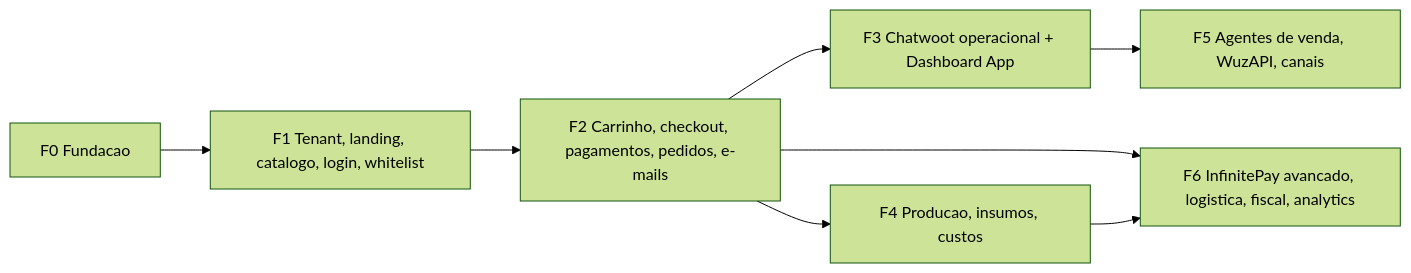
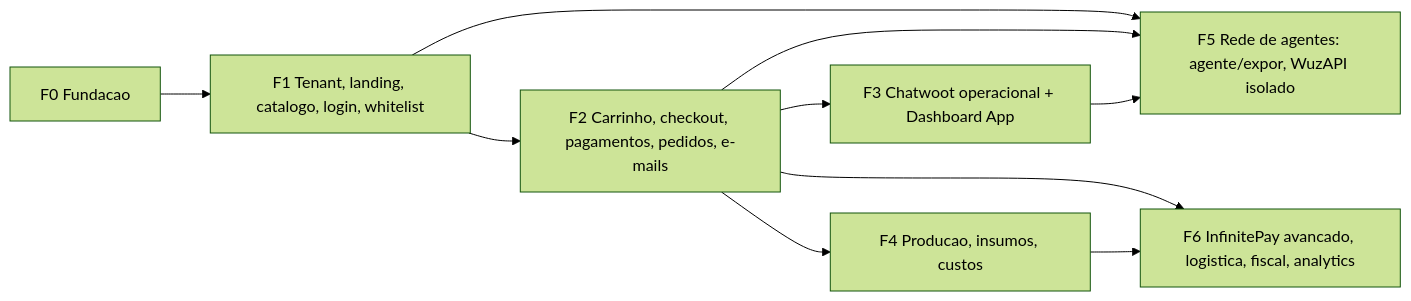
The diagram in docs/09-roadmap.md (muhbianco/mucommerce), drawn with Mermaid (forest theme) before and after one commit. The commit also changed other lines of this file and 6 other files, not shown here.

````diff
--- a/docs/09-roadmap.md
+++ b/docs/09-roadmap.md
@@ -81,10 +114,12 @@
 ```mermaid
 flowchart LR
   F0[F0 Fundacao] --> F1[F1 Tenant, landing, catalogo, login, whitelist]
   F1 --> F2[F2 Carrinho, checkout, pagamentos, pedidos, e-mails]
   F2 --> F3[F3 Chatwoot operacional + Dashboard App]
   F2 --> F4[F4 Producao, insumos, custos]
-  F3 --> F5[F5 Agentes de venda, WuzAPI, canais]
+  F1 --> F5[F5 Rede de agentes: agente/expor, WuzAPI isolado]
+  F2 --> F5
+  F3 --> F5
   F2 --> F6[F6 InfinitePay avancado, logistica, fiscal, analytics]
   F4 --> F6
 ```
````
